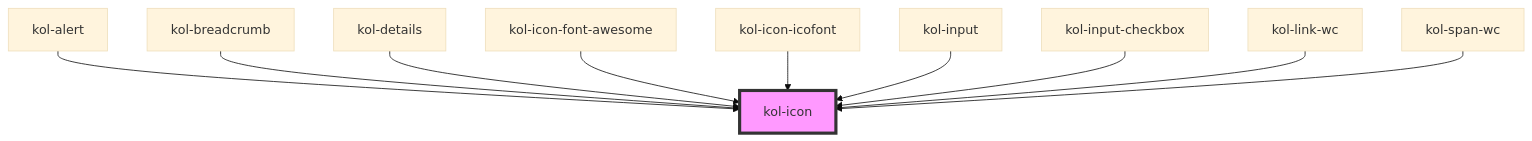
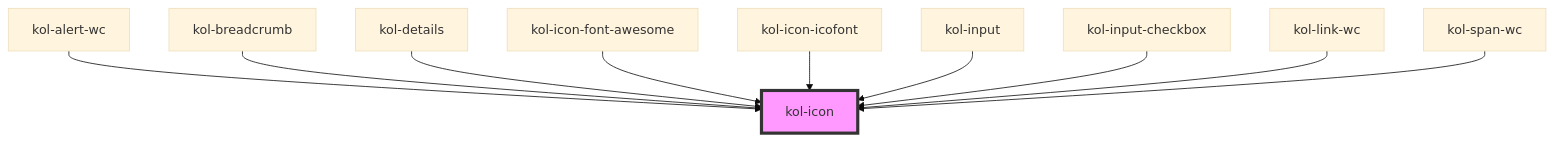
One commit to public-ui/kolibri changed the diagram in packages/components/src/components/icon/readme.md. Above: the diagram before and after it, drawn with Mermaid (base theme). The commit also changed other lines of this file and 35 other files, not shown here.

````diff
--- a/packages/components/src/components/icon/readme.md
+++ b/packages/components/src/components/icon/readme.md
@@ -79,13 +79,13 @@
 ```mermaid
 graph TD;
-  kol-alert --> kol-icon
+  kol-alert-wc --> kol-icon
   kol-breadcrumb --> kol-icon
   kol-details --> kol-icon
   kol-icon-font-awesome --> kol-icon
   kol-icon-icofont --> kol-icon
   kol-input --> kol-icon
   kol-input-checkbox --> kol-icon
   kol-link-wc --> kol-icon
   kol-span-wc --> kol-icon
   style kol-icon fill:#f9f,stroke:#333,stroke-width:4px
 ```
````
